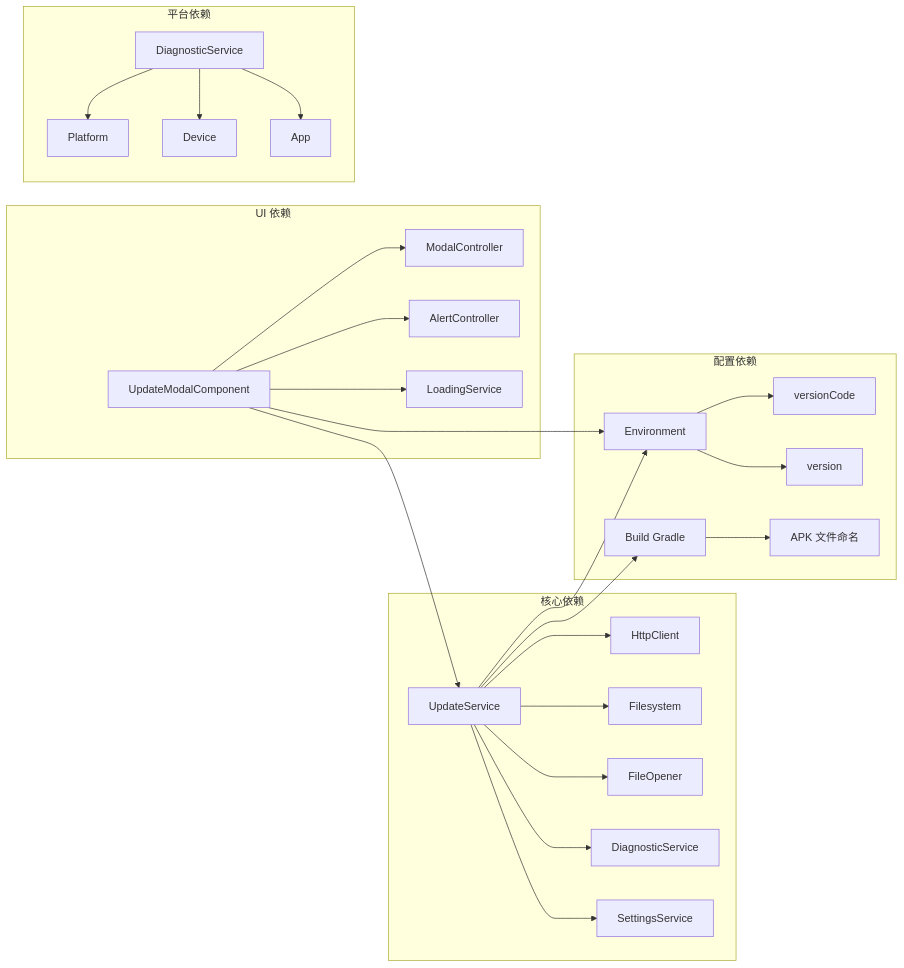
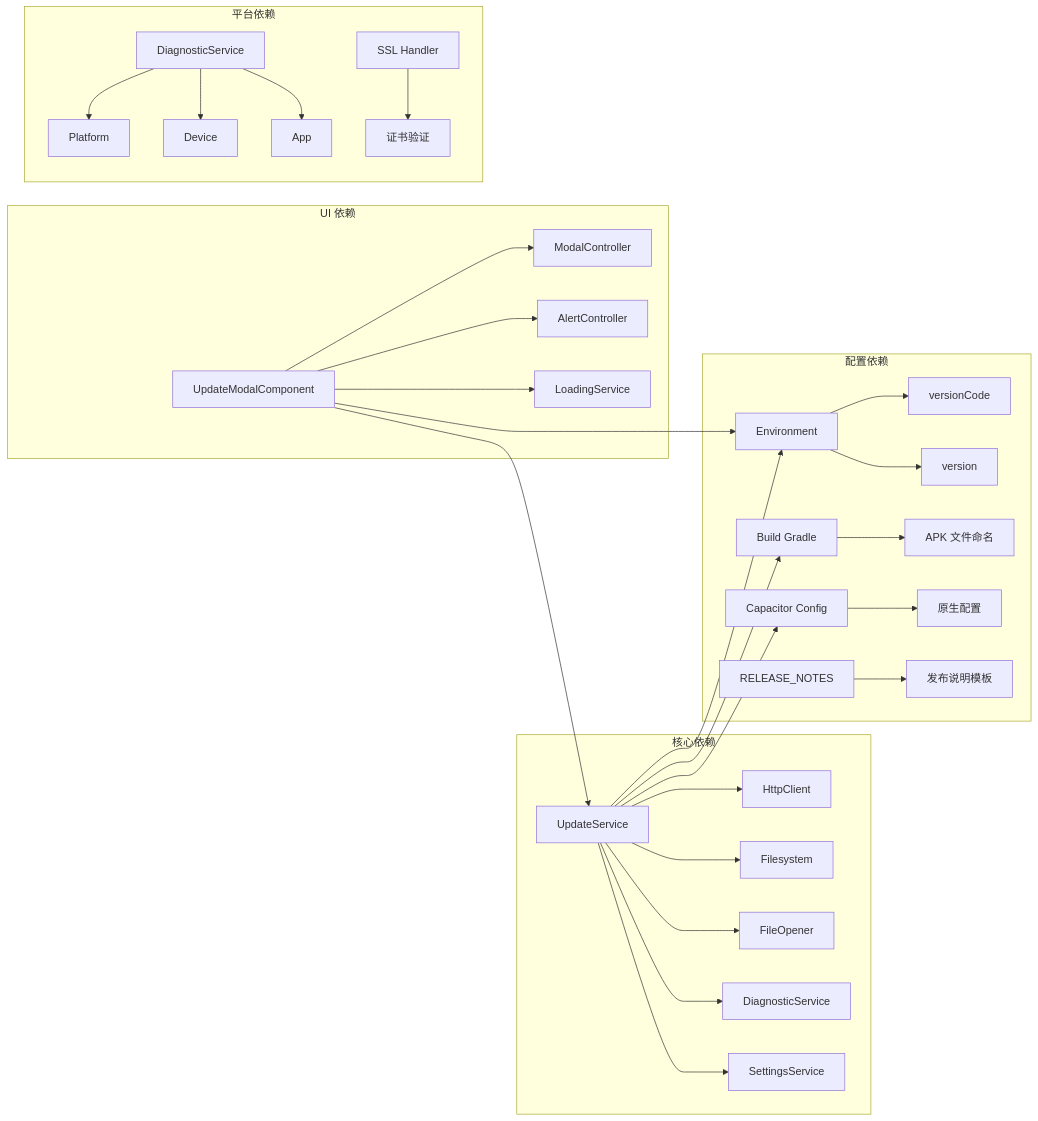
The tenth of 10 diagrams in .qoder/repowiki/zh/content/核心功能模块/应用程序更新系统.md (tea4go/Macro-Deck-Client-App), drawn with Mermaid before and after one commit. The commit also changed other lines of this file and 8 other files, not shown here.

````diff
--- a/.qoder/repowiki/zh/content/核心功能模块/应用程序更新系统.md
+++ b/.qoder/repowiki/zh/content/核心功能模块/应用程序更新系统.md
@@ -348,29 +490,33 @@
 ```mermaid
 graph LR
 subgraph "核心依赖"
 A[UpdateService] --> B[HttpClient]
 A --> C[Filesystem]
 A --> D[FileOpener]
 A --> E[DiagnosticService]
 A --> F[SettingsService]
 end
 subgraph "UI 依赖"
 G[UpdateModalComponent] --> A
 G --> H[ModalController]
 G --> I[AlertController]
 G --> J[LoadingService]
 end
 subgraph "平台依赖"
 K[DiagnosticService] --> L[Platform]
 K --> M[Device]
 K --> N[App]
+O[SSL Handler] --> P[证书验证]
 end
 subgraph "配置依赖"
-O[Environment] --> P[versionCode]
-O --> Q[version]
-R[Build Gradle] --> S[APK 文件命名]
+Q[Environment] --> R[versionCode]
+Q --> S[version]
+T[Build Gradle] --> U[APK 文件命名]
+V[Capacitor Config] --> W[原生配置]
+X[RELEASE_NOTES] --> Y[发布说明模板]
 end
-A --> O
-A --> R
-G --> O
+A --> Q
+A --> T
+A --> V
+G --> Q
 ```
````
